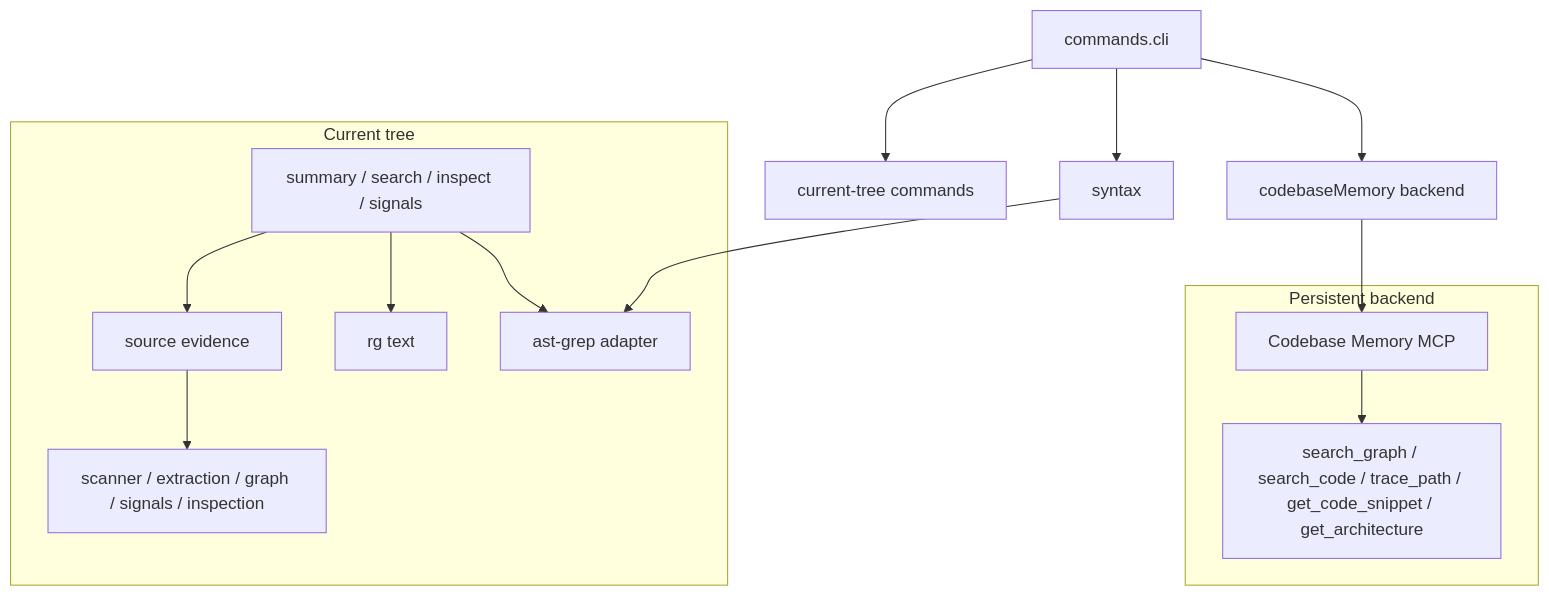
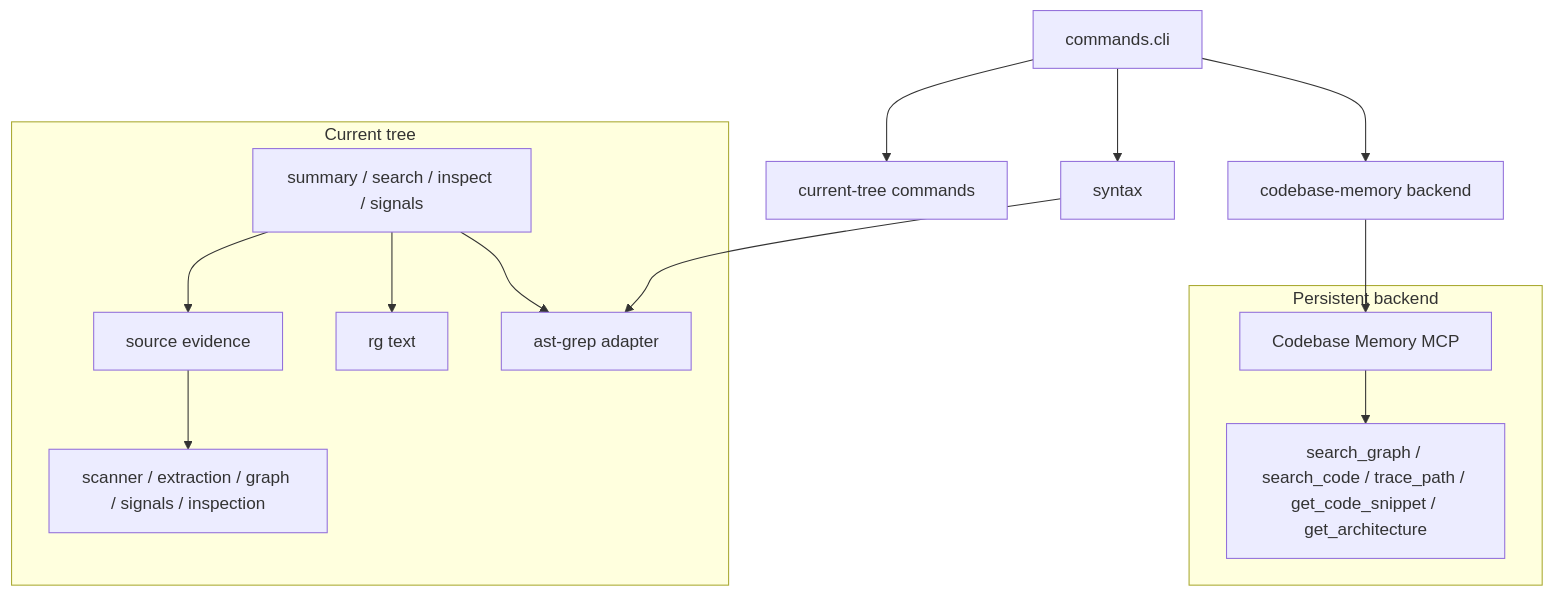
The second of 2 diagrams in README.md (teron131/codemap), drawn with Mermaid before and after one commit. The commit also changed other lines of this file and 10 other files, not shown here.

````diff
--- a/README.md
+++ b/README.md
@@ -64,29 +64,29 @@
 ```mermaid
 flowchart TD
     CLI["commands.cli"] --> Current["current-tree commands"]
-    CLI --> Backend["codebaseMemory backend"]
+    CLI --> Backend["codebase-memory backend"]
     CLI --> Syntax[syntax]
 
     subgraph CurrentLane["Current tree"]
         SearchInspect["summary / search / inspect / signals"]
         Source["source evidence"]
         Rg["rg text"]
         AstGrep["ast-grep adapter"]
         SourceParts["scanner / extraction / graph / signals / inspection"]
 
         SearchInspect --> Rg
         SearchInspect --> AstGrep
         SearchInspect --> Source
         Source --> SourceParts
     end
 
     subgraph BackendLane["Persistent backend"]
         CBM["Codebase Memory MCP"]
         GraphTools["search_graph / search_code / trace_path / get_code_snippet / get_architecture"]
 
         CBM --> GraphTools
     end
 
     Backend --> CBM
     Syntax --> AstGrep
 ```
````
